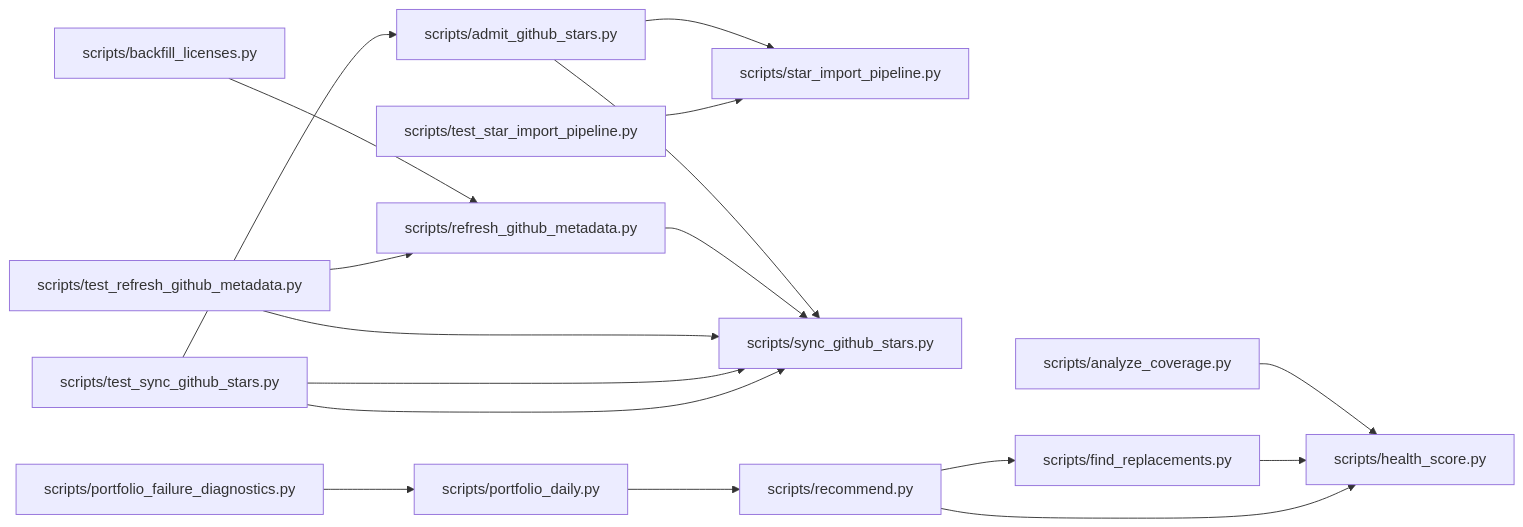
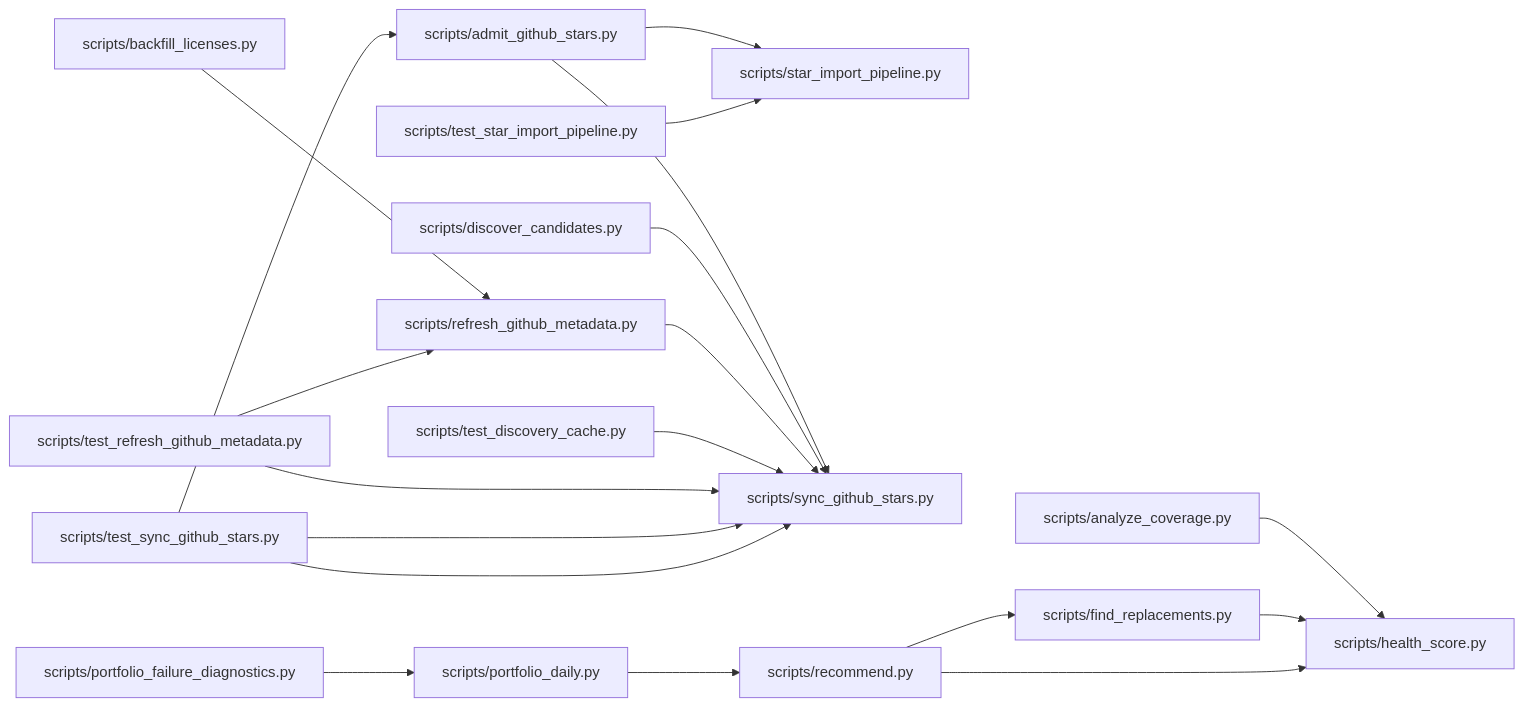
One commit to dbrckk/star-list changed the diagram in .ai/brain/architecture.mmd. Above: the diagram before and after it, drawn with Mermaid. The commit also changed 70 other files, not shown here.

```diff
--- a/.ai/brain/architecture.mmd
+++ b/.ai/brain/architecture.mmd
@@ -1,17 +1,19 @@
 flowchart LR
   n8d03612ec4["scripts/admit_github_stars.py"] --> n83b2d4016a["scripts/star_import_pipeline.py"]
   n8d03612ec4["scripts/admit_github_stars.py"] --> n9ec765cbfe["scripts/sync_github_stars.py"]
   n493b546fce["scripts/analyze_coverage.py"] --> n61da7feb3f["scripts/health_score.py"]
   nbea452dbc9["scripts/backfill_licenses.py"] --> n673a0bb367["scripts/refresh_github_metadata.py"]
+  n19fd372d41["scripts/discover_candidates.py"] --> n9ec765cbfe["scripts/sync_github_stars.py"]
   n3c5af248bc["scripts/find_replacements.py"] --> n61da7feb3f["scripts/health_score.py"]
   n9c65ddcee9["scripts/portfolio_daily.py"] --> n6b33751c21["scripts/recommend.py"]
   nc1854cfb67["scripts/portfolio_failure_diagnostics.py"] --> n9c65ddcee9["scripts/portfolio_daily.py"]
   n6b33751c21["scripts/recommend.py"] --> n3c5af248bc["scripts/find_replacements.py"]
   n6b33751c21["scripts/recommend.py"] --> n61da7feb3f["scripts/health_score.py"]
   n673a0bb367["scripts/refresh_github_metadata.py"] --> n9ec765cbfe["scripts/sync_github_stars.py"]
+  n5d2467085c["scripts/test_discovery_cache.py"] --> n9ec765cbfe["scripts/sync_github_stars.py"]
   nfc3af7e38e["scripts/test_refresh_github_metadata.py"] --> n673a0bb367["scripts/refresh_github_metadata.py"]
   nfc3af7e38e["scripts/test_refresh_github_metadata.py"] --> n9ec765cbfe["scripts/sync_github_stars.py"]
   n0c8a572d8b["scripts/test_star_import_pipeline.py"] --> n83b2d4016a["scripts/star_import_pipeline.py"]
   n895eef35e5["scripts/test_sync_github_stars.py"] --> n8d03612ec4["scripts/admit_github_stars.py"]
   n895eef35e5["scripts/test_sync_github_stars.py"] --> n9ec765cbfe["scripts/sync_github_stars.py"]
   n895eef35e5["scripts/test_sync_github_stars.py"] --> n9ec765cbfe["scripts/sync_github_stars.py"]
```
